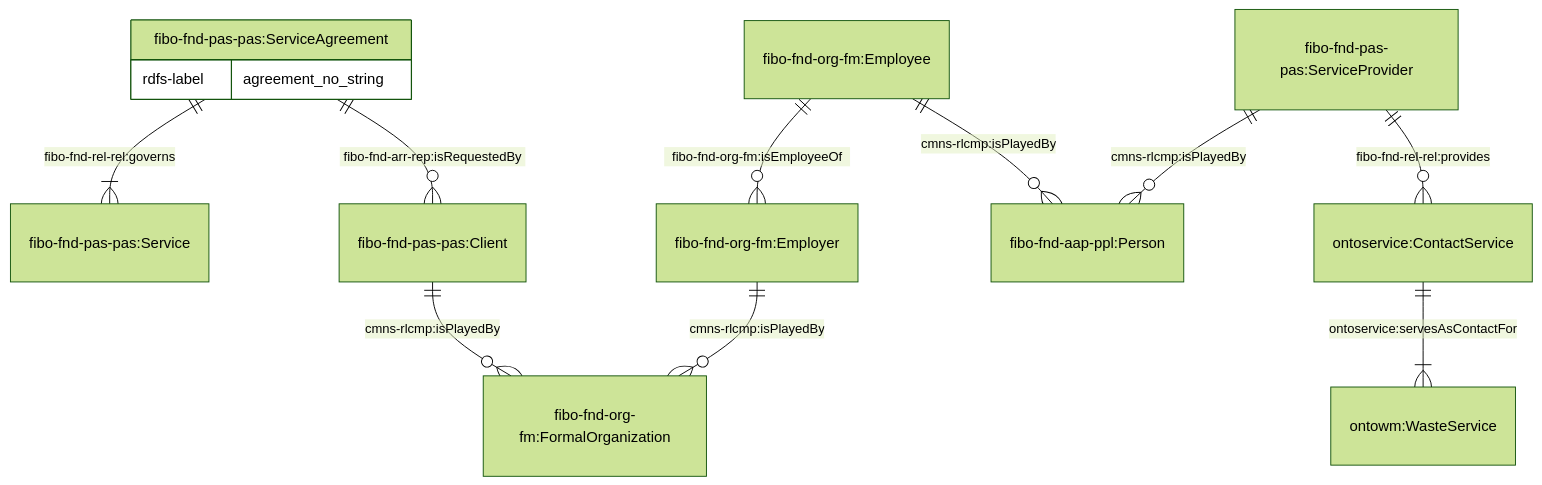
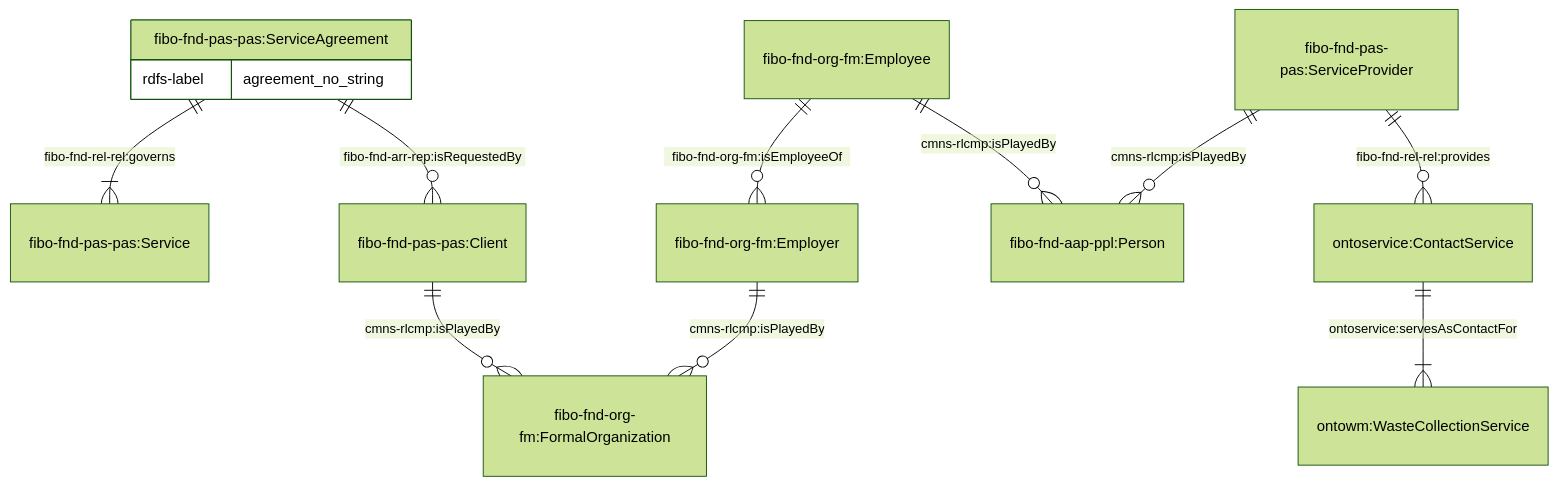
The second of 10 diagrams in JPS_Ontology/ontology/ontowastemanagement/README.md (cambridge-cares/TheWorldAvatar), drawn with Mermaid (forest theme) before and after one commit. The commit also changed other lines of this file and 3 other files, not shown here.

````diff
--- a/JPS_Ontology/ontology/ontowastemanagement/README.md
+++ b/JPS_Ontology/ontology/ontowastemanagement/README.md
@@ -123,17 +128,17 @@
 ```mermaid
     erDiagram
     "fibo-fnd-pas-pas:ServiceAgreement" {
         rdfs-label agreement_no_string
     }
     "fibo-fnd-pas-pas:ServiceAgreement" ||--|{ "fibo-fnd-pas-pas:Service" : "fibo-fnd-rel-rel:governs"
 
     "fibo-fnd-pas-pas:ServiceAgreement" ||--o{ "fibo-fnd-pas-pas:Client" : "fibo-fnd-arr-rep:isRequestedBy"
     "fibo-fnd-org-fm:Employer" ||--o{ "fibo-fnd-org-fm:FormalOrganization"  : "cmns-rlcmp:isPlayedBy"
     "fibo-fnd-pas-pas:Client" ||--o{ "fibo-fnd-org-fm:FormalOrganization"  : "cmns-rlcmp:isPlayedBy"
 
     "fibo-fnd-org-fm:Employee" ||--o{ "fibo-fnd-org-fm:Employer" : "fibo-fnd-org-fm:isEmployeeOf"
     "fibo-fnd-org-fm:Employee" ||--o{ "fibo-fnd-aap-ppl:Person"  : "cmns-rlcmp:isPlayedBy"
     "fibo-fnd-pas-pas:ServiceProvider" ||--o{ "fibo-fnd-aap-ppl:Person"  : "cmns-rlcmp:isPlayedBy"
     "fibo-fnd-pas-pas:ServiceProvider" ||--o{ "ontoservice:ContactService"  : "fibo-fnd-rel-rel:provides"
-    "ontoservice:ContactService" ||--|{ "ontowm:WasteService" : "ontoservice:servesAsContactFor"
+    "ontoservice:ContactService" ||--|{ "ontowm:WasteCollectionService" : "ontoservice:servesAsContactFor"
 ```
````
